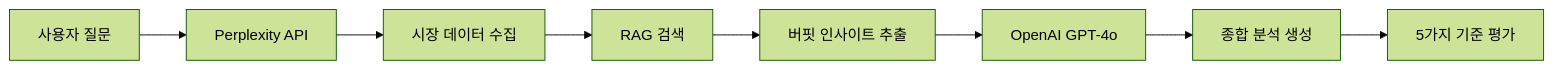
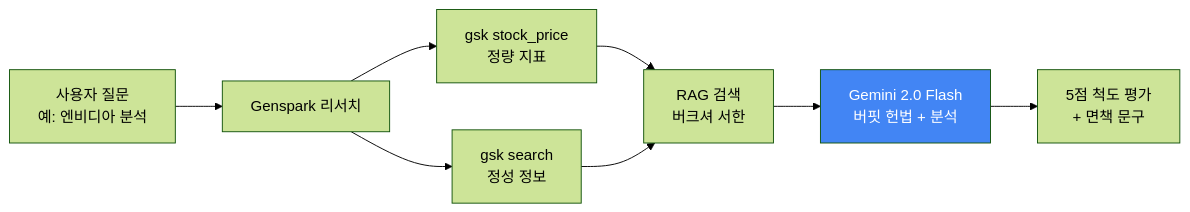
Before and after one commit to bu11ymaguire/stockking_mk2: the diagram in README.md, drawn with Mermaid (forest theme). The commit also changed other lines of this file and 5 other files, not shown here.

````diff
--- a/README.md
+++ b/README.md
@@ -180,10 +57,11 @@
 ```mermaid
 graph LR
-    A[사용자 질문] --> B[Perplexity API]
-    B --> C[시장 데이터 수집]
-    C --> D[RAG 검색]
-    D --> E[버핏 인사이트 추출]
-    E --> F[OpenAI GPT-4o]
-    F --> G[종합 분석 생성]
-    G --> H[5가지 기준 평가]
+    A[사용자 질문<br/>예: 엔비디아 분석] --> B[Genspark 리서치]
+    B --> B1[gsk stock_price<br/>정량 지표]
+    B --> B2[gsk search<br/>정성 정보]
+    B1 --> C[RAG 검색<br/>버크셔 서한]
+    B2 --> C
+    C --> D[Gemini 2.0 Flash<br/>버핏 헌법 + 분석]
+    D --> E[5점 척도 평가<br/>+ 면책 문구]
+    style D fill:#4285F4,color:#fff
 ```
````
